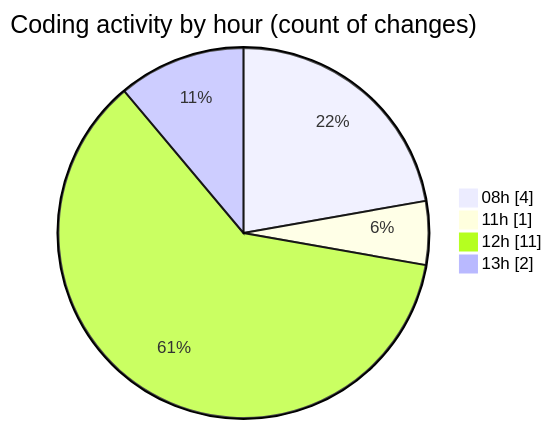
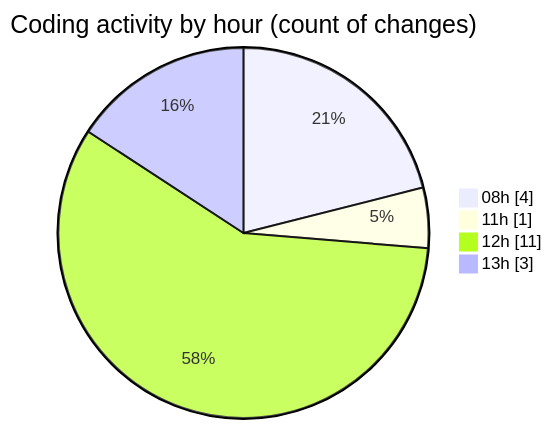
Before and after one commit to Elitesun/code-tracking: the second of 2 diagrams in 2025-02-10/react_ecom/README.md, drawn with Mermaid. The commit also changed other lines of this file and 1 other file, not shown here.

````diff
--- a/2025-02-10/react_ecom/README.md
+++ b/2025-02-10/react_ecom/README.md
@@ -34,8 +34,8 @@
 ```mermaid
 pie showData
 title Coding activity by hour (count of changes)
 "08h" : 4
 "11h" : 1
 "12h" : 11
-"13h" : 2
+"13h" : 3
 ```
````
